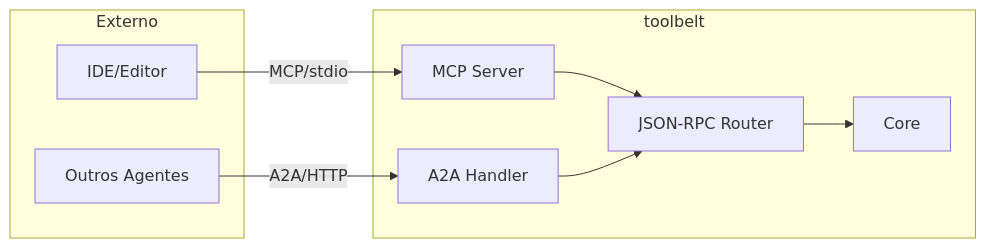
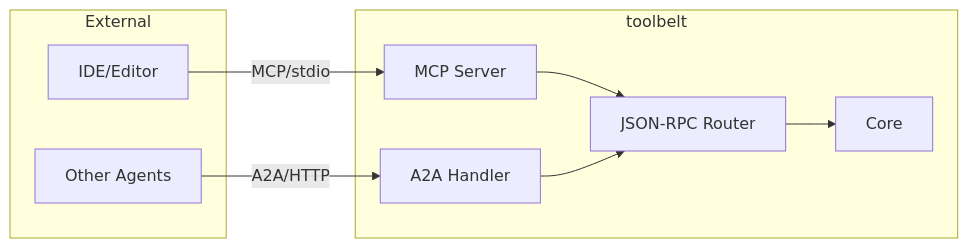
Before and after one commit to leonardo-moraes360/toolbelt: diagram 15 of 17 in docs/arquitetura.md, drawn with Mermaid. The commit also changed other lines of this file and 9 other files, not shown here.

````diff
--- a/docs/arquitetura.md
+++ b/docs/arquitetura.md
@@ -935,20 +935,20 @@
 ```mermaid
 graph LR
-    subgraph "Externo"
+    subgraph "External"
         IDE[IDE/Editor]
-        OTHER[Outros Agentes]
+        OTHER[Other Agents]
     end
 
     subgraph "toolbelt"
         MCP_S[MCP Server]
         A2A_S[A2A Handler]
         RPC[JSON-RPC Router]
         CORE[Core]
     end
 
     IDE -->|MCP/stdio| MCP_S
     OTHER -->|A2A/HTTP| A2A_S
     MCP_S --> RPC
     A2A_S --> RPC
     RPC --> CORE
 ```
````
